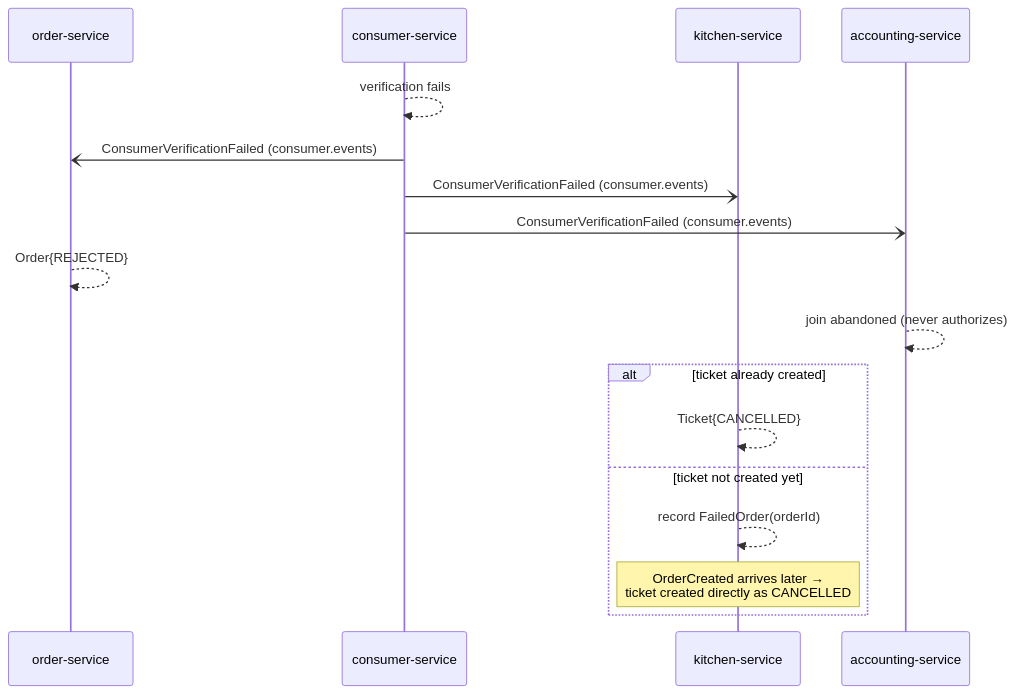
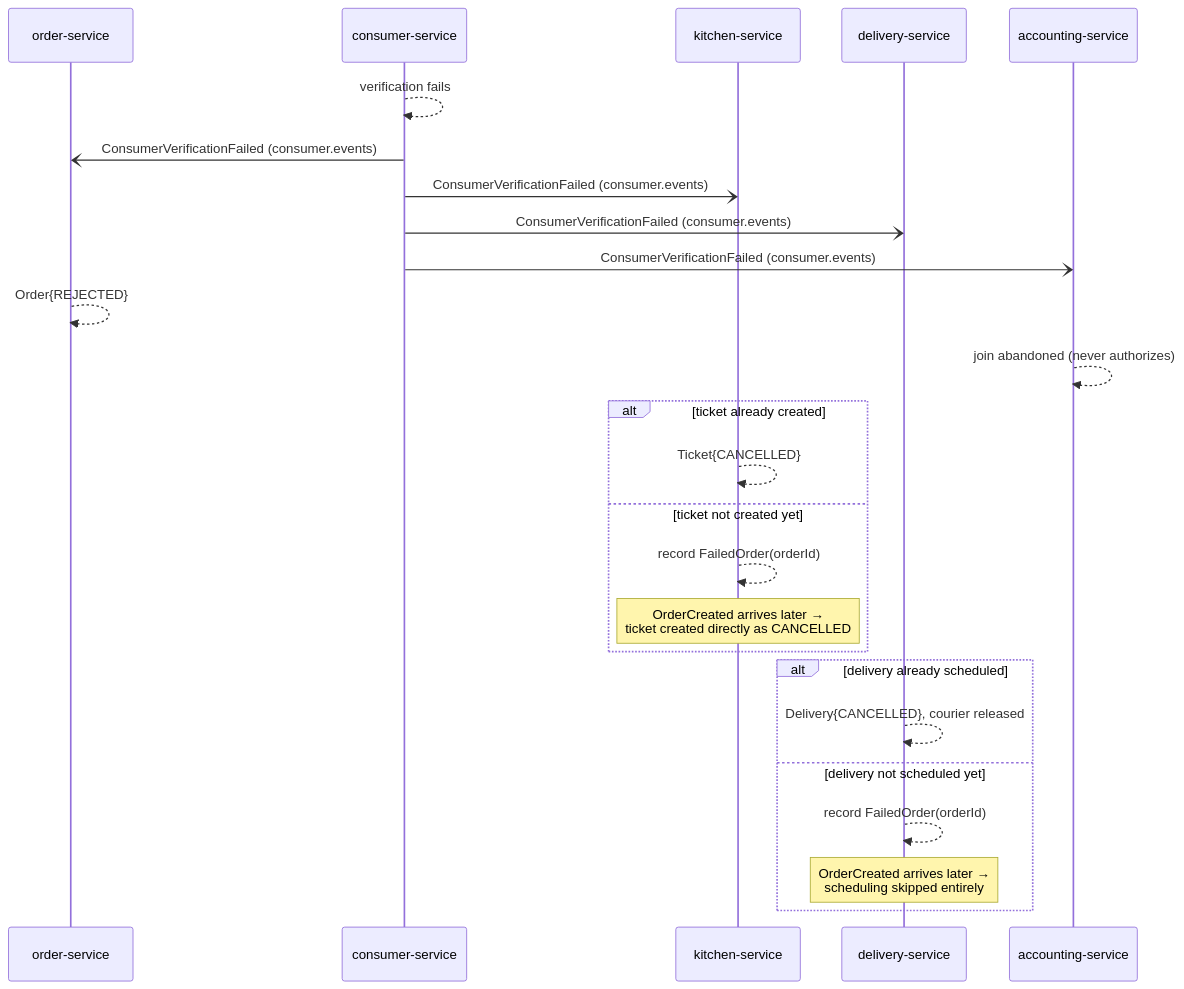
The second of 22 diagrams in docs/ARCHITECTURE.md (sanjaykpradhan10/my-food-to-go-app), drawn with Mermaid before and after one commit. The commit also changed other lines of this file and 5 other files, not shown here.

````diff
--- a/docs/ARCHITECTURE.md
+++ b/docs/ARCHITECTURE.md
@@ -107,20 +114,28 @@
 ```mermaid
 sequenceDiagram
     participant O as order-service
     participant Con as consumer-service
     participant K as kitchen-service
+    participant D as delivery-service
     participant A as accounting-service
 
     Con-->>Con: verification fails
     Con-)O: ConsumerVerificationFailed (consumer.events)
     Con-)K: ConsumerVerificationFailed (consumer.events)
+    Con-)D: ConsumerVerificationFailed (consumer.events)
     Con-)A: ConsumerVerificationFailed (consumer.events)
     O-->>O: Order{REJECTED}
     A-->>A: join abandoned (never authorizes)
     alt ticket already created
         K-->>K: Ticket{CANCELLED}
     else ticket not created yet
         K-->>K: record FailedOrder(orderId)
         Note over K: OrderCreated arrives later →<br/>ticket created directly as CANCELLED
     end
+    alt delivery already scheduled
+        D-->>D: Delivery{CANCELLED}, courier released
+    else delivery not scheduled yet
+        D-->>D: record FailedOrder(orderId)
+        Note over D: OrderCreated arrives later →<br/>scheduling skipped entirely
+    end
 ```
````
